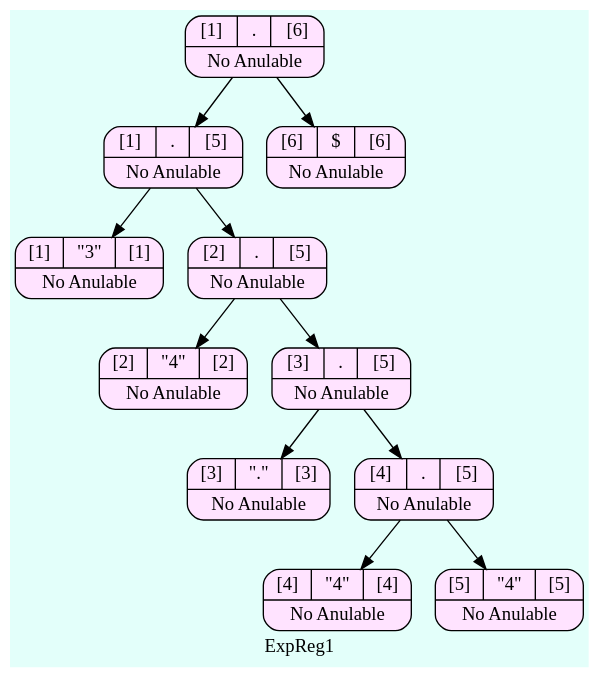
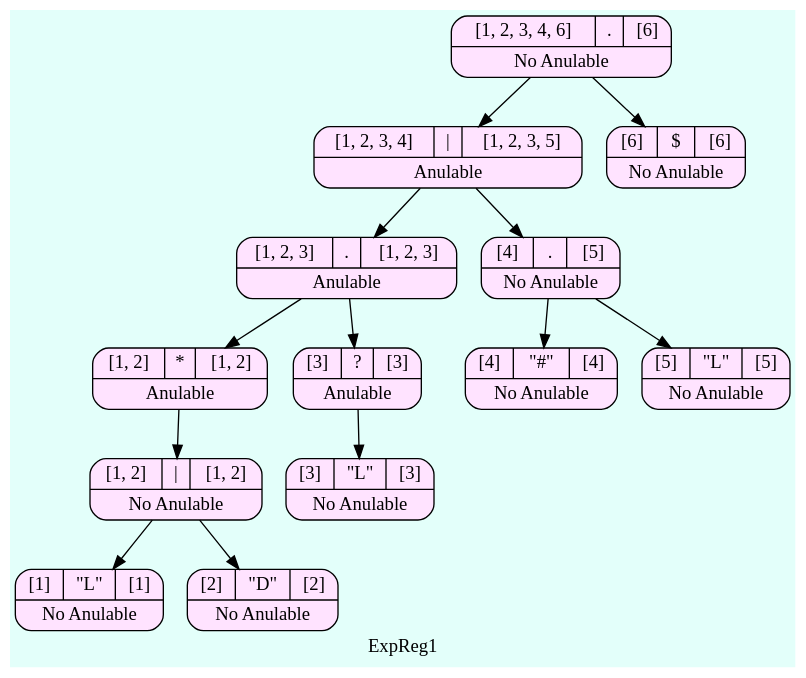
One commit to SergieArizandieta/OLC1-P1-202000119 changed the diagram in ARBOLES_202000119/Arbol_ExpReg1.dot. Above: the diagram before and after it, drawn with Graphviz. The commit also changed 10 other files, not shown here.

```diff
--- a/ARBOLES_202000119/Arbol_ExpReg1.dot
+++ b/ARBOLES_202000119/Arbol_ExpReg1.dot
@@ -1,27 +1,31 @@
 digraph structs {
   bgcolor = "#E3FFFA"
    node [shape=Mrecord fillcolor="#FFE3FF" style =filled];
 label ="ExpReg1"
-    struct701409607    [label="{{[1]|<here>.|[6]}|No Anulable}"];
-    struct701409607-> struct1917958926
-    struct1917958926    [label="{{[1]|<here>.|[5]}|No Anulable}"];
-    struct1917958926-> struct1583991409
-    struct1583991409    [label="{{[1]|<here>\"3\"|[1]}|No Anulable}"];
-    struct1917958926-> struct87073791
-    struct87073791    [label="{{[2]|<here>.|[5]}|No Anulable}"];
-    struct87073791-> struct1500030607
-    struct1500030607    [label="{{[2]|<here>\"4\"|[2]}|No Anulable}"];
-    struct87073791-> struct639561575
-    struct639561575    [label="{{[3]|<here>.|[5]}|No Anulable}"];
-    struct639561575-> struct917799831
-    struct917799831    [label="{{[3]|<here>\".\"|[3]}|No Anulable}"];
-    struct639561575-> struct916189669
-    struct916189669    [label="{{[4]|<here>.|[5]}|No Anulable}"];
-    struct916189669-> struct719025511
-    struct719025511    [label="{{[4]|<here>\"4\"|[4]}|No Anulable}"];
-    struct916189669-> struct2079310476
-    struct2079310476    [label="{{[5]|<here>\"4\"|[5]}|No Anulable}"];
-    struct701409607-> struct1775591005
-    struct1775591005    [label="{{[6]|<here>$|[6]}|No Anulable}"];
+    struct1055564916    [label="{{[1, 2, 3, 4, 6]|<here>.|[6]}|No Anulable}"];
+    struct1055564916-> struct590605508
+    struct590605508    [label="{{[1, 2, 3, 4]|<here>\||[1, 2, 3, 5]}|Anulable}"];
+    struct590605508-> struct580973216
+    struct580973216    [label="{{[1, 2, 3]|<here>.|[1, 2, 3]}|Anulable}"];
+    struct580973216-> struct568919078
+    struct568919078    [label="{{[1, 2]|<here>*|[1, 2]}|Anulable}"];
+    struct568919078-> struct1246481771
+    struct1246481771    [label="{{[1, 2]|<here>\||[1, 2]}|No Anulable}"];
+    struct1246481771-> struct1981963562
+    struct1981963562    [label="{{[1]|<here>\"L\"|[1]}|No Anulable}"];
+    struct1246481771-> struct1404212412
+    struct1404212412    [label="{{[2]|<here>\"D\"|[2]}|No Anulable}"];
+    struct580973216-> struct974353112
+    struct974353112    [label="{{[3]|<here>?|[3]}|Anulable}"];
+    struct974353112-> struct774361188
+    struct774361188    [label="{{[3]|<here>\"L\"|[3]}|No Anulable}"];
+    struct590605508-> struct1250427783
+    struct1250427783    [label="{{[4]|<here>.|[5]}|No Anulable}"];
+    struct1250427783-> struct232290590
+    struct232290590    [label="{{[4]|<here>\"#\"|[4]}|No Anulable}"];
+    struct1250427783-> struct746348495
+    struct746348495    [label="{{[5]|<here>\"L\"|[5]}|No Anulable}"];
+    struct1055564916-> struct1011359444
+    struct1011359444    [label="{{[6]|<here>$|[6]}|No Anulable}"];
 
 }
```
